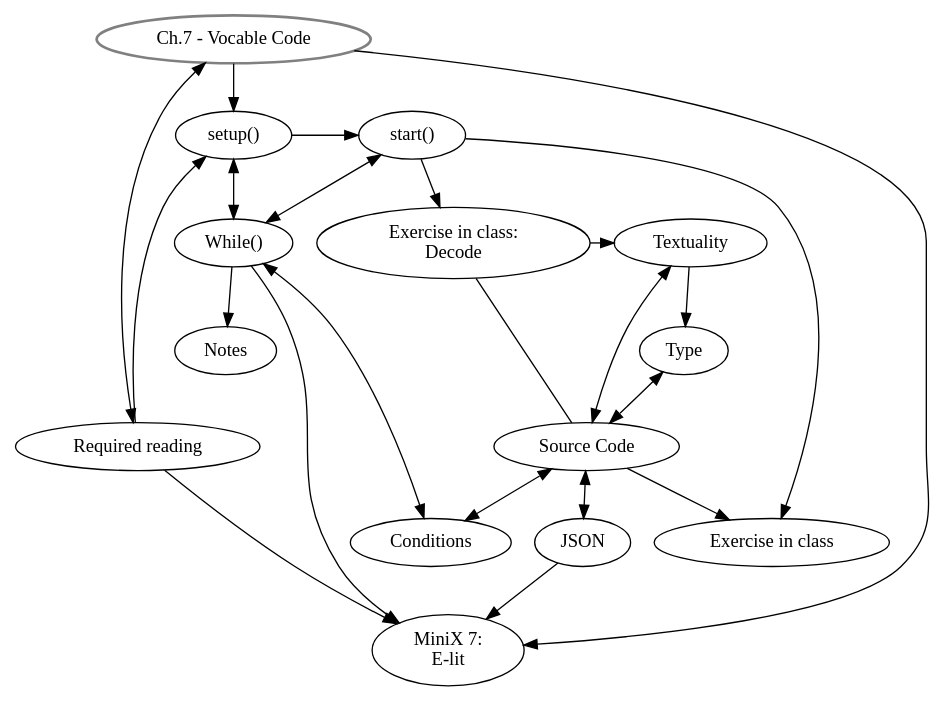
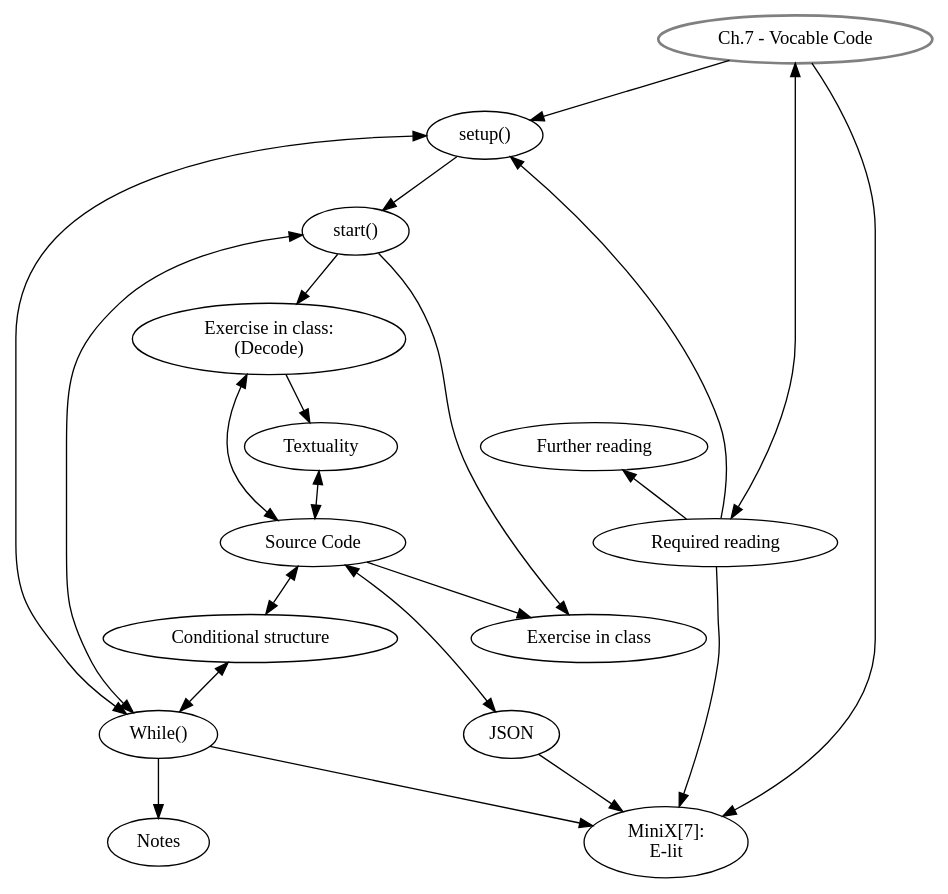
One commit to danbz/aesthetic-programming changed the diagram in graphviz/AP_ch7.dot. Above: the diagram before and after it, drawn with Graphviz. The commit also changed 5 other files, not shown here.

Commit message:
update graphviz

```diff
--- a/graphviz/AP_ch7.dot
+++ b/graphviz/AP_ch7.dot
@@ -1,45 +1,44 @@
 digraph G {
 //labels
 GS [
 label="Ch.7 - Vocable Code",
 style=bold,
 color=grey,
 ]
 
 SU [label="setup()"]
 ST [label="start()"]
-DE [label="Exercise in class: \nDecode"]
+DE [label="Exercise in class: \n(Decode)"]
 TX [label="Textuality"]
-TP [label="Type"]
-CO [label="Conditions"]
+CO [label="Conditional structure"]
 JS [label="JSON"]
 SC [label="Source Code"]
 EiC [label="Exercise in class"]
 MW [label="While()"]
-MX [label="MiniX 7: \nE-lit"]
+MX [label="MiniX[7]: \nE-lit"]
 RR [label="Required reading"]
+FR [label="Further reading"]
 Notes [label="Notes"]
 
 //rank
-{rank = same; SU, ST}
-{rank = same; DE, TX}
-{rank = same; MW, DE}
 {rank = same; RR, SC}
+{rank = same; FR, TX}
 
 //graph
 GS -> SU -> ST -> DE;
 GS -> MX;
 GS -> RR[dir=both, minlen=2];
 SU -> MW [dir=both];
 RR -> MX, SU;
-DE -> TX -> TP;
-TX, TP -> SC[dir=both];
+DE -> TX;
+TX -> SC[dir=both];
 SC -> EiC;
 SC -> CO, JS[dir=both];
 ST -> MW [dir=both];
 JS -> MX;
 MW -> MX, Notes;
-DE -> SC[dir=none];
+DE -> SC[dir=both];
 CO -> MW[dir=both];
 ST -> EiC;
+RR -> FR;
 }
```
